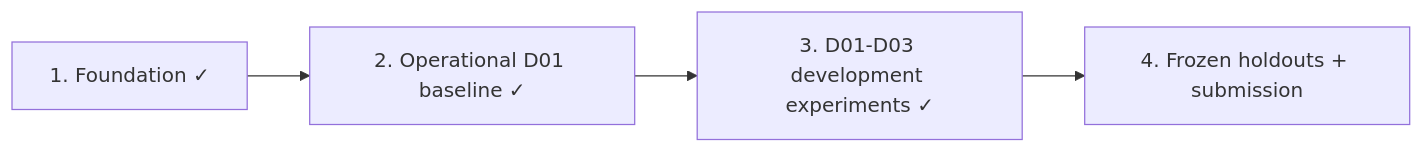
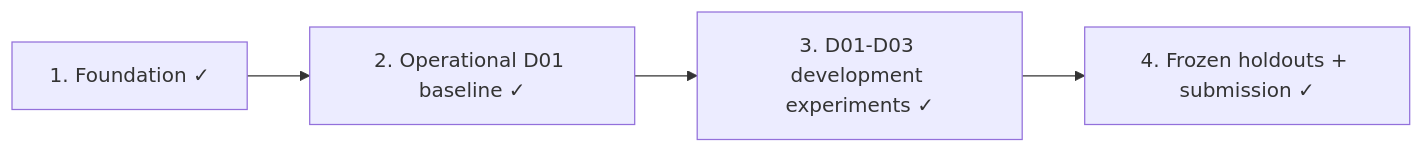
Before and after one commit to komaksym/weon-assignment: the diagram in PLANS.md, drawn with Mermaid. The commit also changed other lines of this file and 8 other files, not shown here.

````diff
--- a/PLANS.md
+++ b/PLANS.md
@@ -5,6 +5,6 @@
 ```mermaid
 flowchart LR
     S1[1. Foundation ✓] --> S2[2. Operational D01 baseline ✓]
     S2 --> S3[3. D01-D03 development experiments ✓]
-    S3 --> S4[4. Frozen holdouts + submission]
+    S3 --> S4[4. Frozen holdouts + submission ✓]
 ```
````
